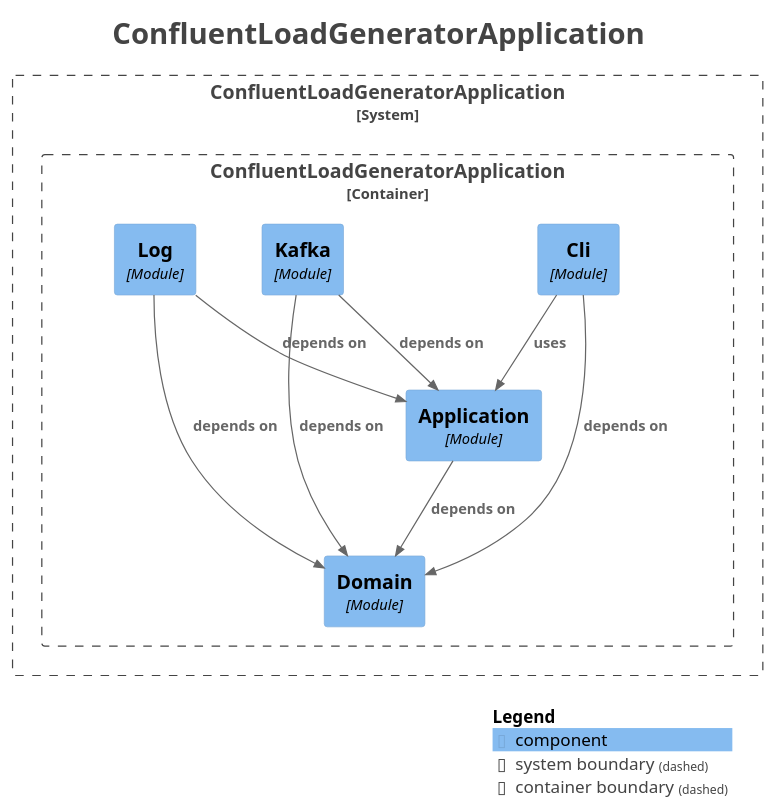
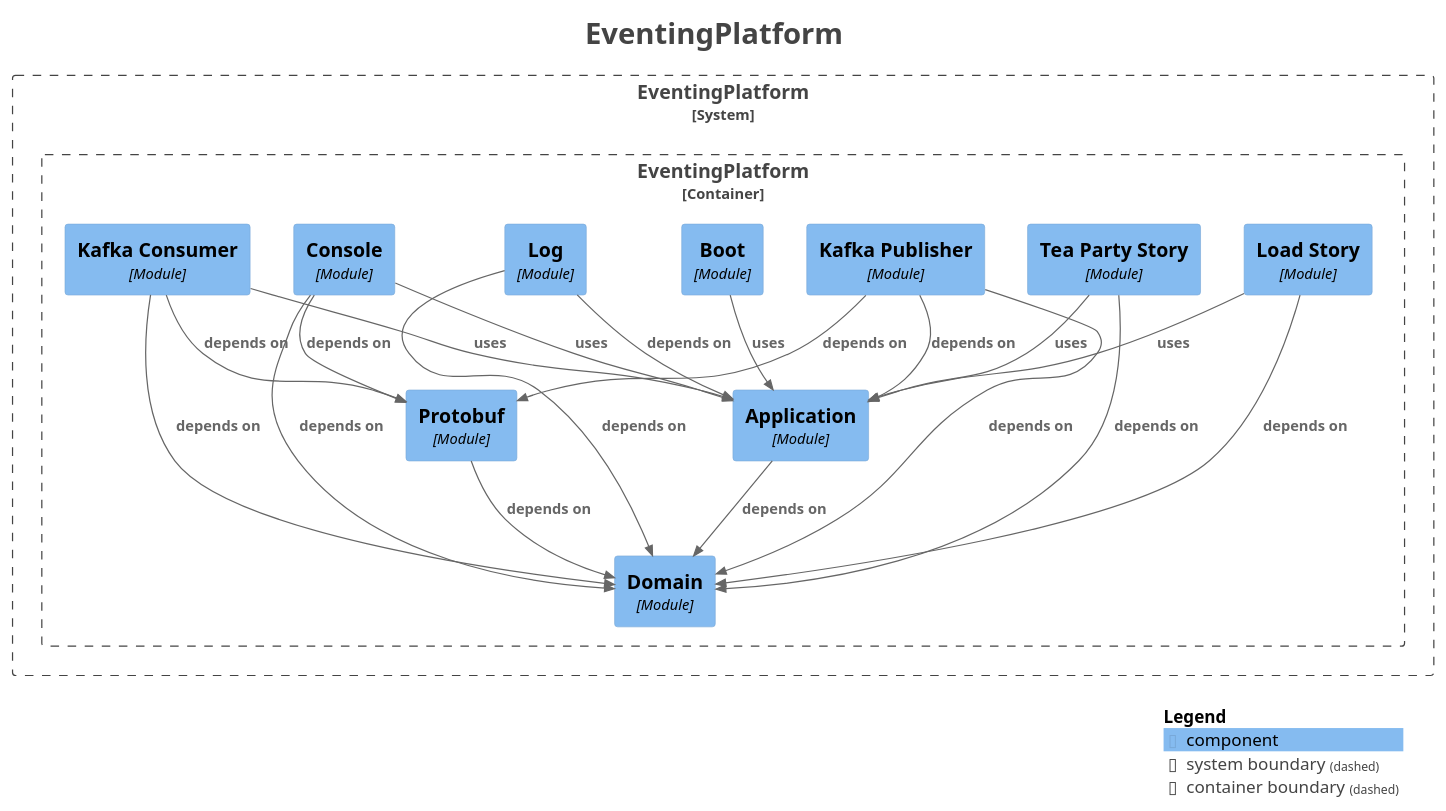
Before and after one commit to Mathmagicians/confluent-eventing-playground: the diagram in docs/generated/architecture/plantuml/components.puml, drawn with PlantUML. The commit also changed 301 other files, not shown here.

```diff
--- a/docs/generated/architecture/plantuml/components.puml
+++ b/docs/generated/architecture/plantuml/components.puml
@@ -1,39 +1,55 @@
 @startuml
-title <size:24>ConfluentLoadGeneratorApplication</size>
+title <size:24>EventingPlatform</size>
 
 set separator none
 top to bottom direction
 
 <style>
   root {
     BackgroundColor: #ffffff
     FontColor: #444444
   }
 </style>
 
 !include <C4/C4>
 !include <C4/C4_Context>
 !include <C4/C4_Component>
 
-System_Boundary("ConfluentLoadGeneratorApplication_boundary", "ConfluentLoadGeneratorApplication", $tags="") {
-  Container_Boundary("ConfluentLoadGeneratorApplication.ConfluentLoadGeneratorApplication_boundary", "ConfluentLoadGeneratorApplication", $tags="") {
-    Component(ConfluentLoadGeneratorApplication.ConfluentLoadGeneratorApplication.Domain, "Domain", $techn="Module", $descr="", $tags="", $link="")
-    Component(ConfluentLoadGeneratorApplication.ConfluentLoadGeneratorApplication.Application, "Application", $techn="Module", $descr="", $tags="", $link="")
-    Component(ConfluentLoadGeneratorApplication.ConfluentLoadGeneratorApplication.Cli, "Cli", $techn="Module", $descr="", $tags="", $link="")
-    Component(ConfluentLoadGeneratorApplication.ConfluentLoadGeneratorApplication.Kafka, "Kafka", $techn="Module", $descr="", $tags="", $link="")
-    Component(ConfluentLoadGeneratorApplication.ConfluentLoadGeneratorApplication.Log, "Log", $techn="Module", $descr="", $tags="", $link="")
+System_Boundary("EventingPlatform_boundary", "EventingPlatform", $tags="") {
+  Container_Boundary("EventingPlatform.EventingPlatform_boundary", "EventingPlatform", $tags="") {
+    Component(EventingPlatform.EventingPlatform.KafkaPublisher, "Kafka Publisher", $techn="Module", $descr="", $tags="", $link="")
+    Component(EventingPlatform.EventingPlatform.LoadStory, "Load Story", $techn="Module", $descr="", $tags="", $link="")
+    Component(EventingPlatform.EventingPlatform.TeaPartyStory, "Tea Party Story", $techn="Module", $descr="", $tags="", $link="")
+    Component(EventingPlatform.EventingPlatform.Domain, "Domain", $techn="Module", $descr="", $tags="", $link="")
+    Component(EventingPlatform.EventingPlatform.Protobuf, "Protobuf", $techn="Module", $descr="", $tags="", $link="")
+    Component(EventingPlatform.EventingPlatform.Application, "Application", $techn="Module", $descr="", $tags="", $link="")
+    Component(EventingPlatform.EventingPlatform.Boot, "Boot", $techn="Module", $descr="", $tags="", $link="")
+    Component(EventingPlatform.EventingPlatform.Console, "Console", $techn="Module", $descr="", $tags="", $link="")
+    Component(EventingPlatform.EventingPlatform.Log, "Log", $techn="Module", $descr="", $tags="", $link="")
+    Component(EventingPlatform.EventingPlatform.KafkaConsumer, "Kafka Consumer", $techn="Module", $descr="", $tags="", $link="")
   }
 
 }
 
-Rel(ConfluentLoadGeneratorApplication.ConfluentLoadGeneratorApplication.Kafka, ConfluentLoadGeneratorApplication.ConfluentLoadGeneratorApplication.Domain, "depends on", $techn="", $tags="", $link="")
-Rel(ConfluentLoadGeneratorApplication.ConfluentLoadGeneratorApplication.Kafka, ConfluentLoadGeneratorApplication.ConfluentLoadGeneratorApplication.Application, "depends on", $techn="", $tags="", $link="")
-Rel(ConfluentLoadGeneratorApplication.ConfluentLoadGeneratorApplication.Application, ConfluentLoadGeneratorApplication.ConfluentLoadGeneratorApplication.Domain, "depends on", $techn="", $tags="", $link="")
-Rel(ConfluentLoadGeneratorApplication.ConfluentLoadGeneratorApplication.Cli, ConfluentLoadGeneratorApplication.ConfluentLoadGeneratorApplication.Domain, "depends on", $techn="", $tags="", $link="")
-Rel(ConfluentLoadGeneratorApplication.ConfluentLoadGeneratorApplication.Cli, ConfluentLoadGeneratorApplication.ConfluentLoadGeneratorApplication.Application, "uses", $techn="", $tags="", $link="")
-Rel(ConfluentLoadGeneratorApplication.ConfluentLoadGeneratorApplication.Log, ConfluentLoadGeneratorApplication.ConfluentLoadGeneratorApplication.Domain, "depends on", $techn="", $tags="", $link="")
-Rel(ConfluentLoadGeneratorApplication.ConfluentLoadGeneratorApplication.Log, ConfluentLoadGeneratorApplication.ConfluentLoadGeneratorApplication.Application, "depends on", $techn="", $tags="", $link="")
+Rel(EventingPlatform.EventingPlatform.KafkaConsumer, EventingPlatform.EventingPlatform.Domain, "depends on", $techn="", $tags="", $link="")
+Rel(EventingPlatform.EventingPlatform.KafkaConsumer, EventingPlatform.EventingPlatform.Protobuf, "depends on", $techn="", $tags="", $link="")
+Rel(EventingPlatform.EventingPlatform.KafkaConsumer, EventingPlatform.EventingPlatform.Application, "uses", $techn="", $tags="", $link="")
+Rel(EventingPlatform.EventingPlatform.Application, EventingPlatform.EventingPlatform.Domain, "depends on", $techn="", $tags="", $link="")
+Rel(EventingPlatform.EventingPlatform.Console, EventingPlatform.EventingPlatform.Protobuf, "depends on", $techn="", $tags="", $link="")
+Rel(EventingPlatform.EventingPlatform.Console, EventingPlatform.EventingPlatform.Domain, "depends on", $techn="", $tags="", $link="")
+Rel(EventingPlatform.EventingPlatform.Console, EventingPlatform.EventingPlatform.Application, "uses", $techn="", $tags="", $link="")
+Rel(EventingPlatform.EventingPlatform.TeaPartyStory, EventingPlatform.EventingPlatform.Domain, "depends on", $techn="", $tags="", $link="")
+Rel(EventingPlatform.EventingPlatform.TeaPartyStory, EventingPlatform.EventingPlatform.Application, "uses", $techn="", $tags="", $link="")
+Rel(EventingPlatform.EventingPlatform.KafkaPublisher, EventingPlatform.EventingPlatform.Domain, "depends on", $techn="", $tags="", $link="")
+Rel(EventingPlatform.EventingPlatform.KafkaPublisher, EventingPlatform.EventingPlatform.Protobuf, "depends on", $techn="", $tags="", $link="")
+Rel(EventingPlatform.EventingPlatform.KafkaPublisher, EventingPlatform.EventingPlatform.Application, "depends on", $techn="", $tags="", $link="")
+Rel(EventingPlatform.EventingPlatform.Log, EventingPlatform.EventingPlatform.Domain, "depends on", $techn="", $tags="", $link="")
+Rel(EventingPlatform.EventingPlatform.Log, EventingPlatform.EventingPlatform.Application, "depends on", $techn="", $tags="", $link="")
+Rel(EventingPlatform.EventingPlatform.Boot, EventingPlatform.EventingPlatform.Application, "uses", $techn="", $tags="", $link="")
+Rel(EventingPlatform.EventingPlatform.LoadStory, EventingPlatform.EventingPlatform.Domain, "depends on", $techn="", $tags="", $link="")
+Rel(EventingPlatform.EventingPlatform.LoadStory, EventingPlatform.EventingPlatform.Application, "uses", $techn="", $tags="", $link="")
+Rel(EventingPlatform.EventingPlatform.Protobuf, EventingPlatform.EventingPlatform.Domain, "depends on", $techn="", $tags="", $link="")
 
 SHOW_LEGEND(true)
 hide stereotypes
 @enduml
```
